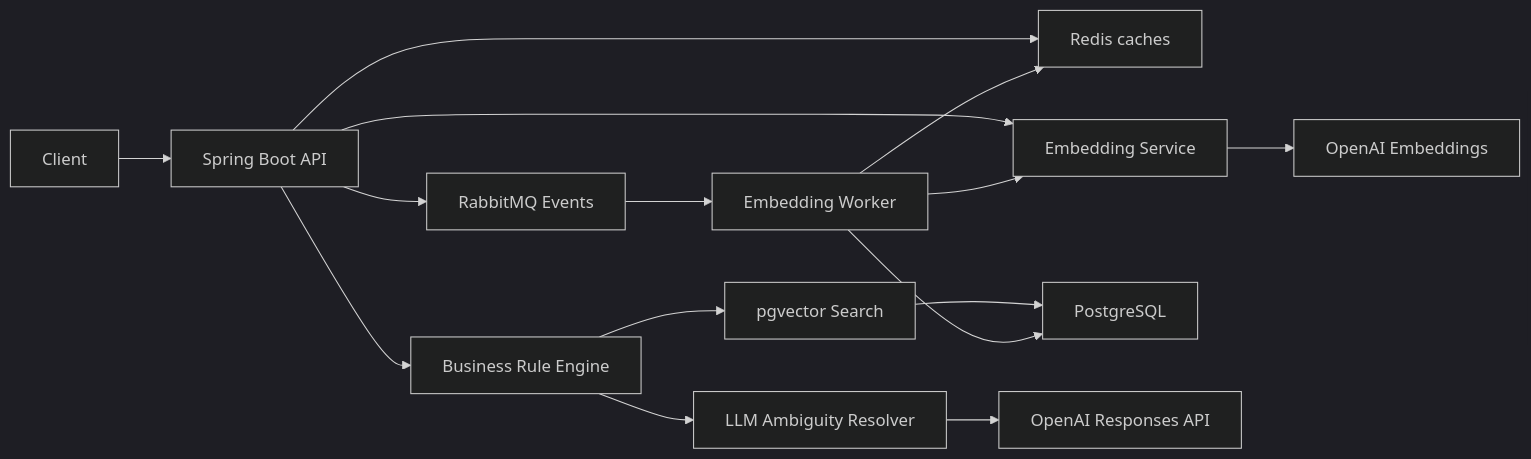
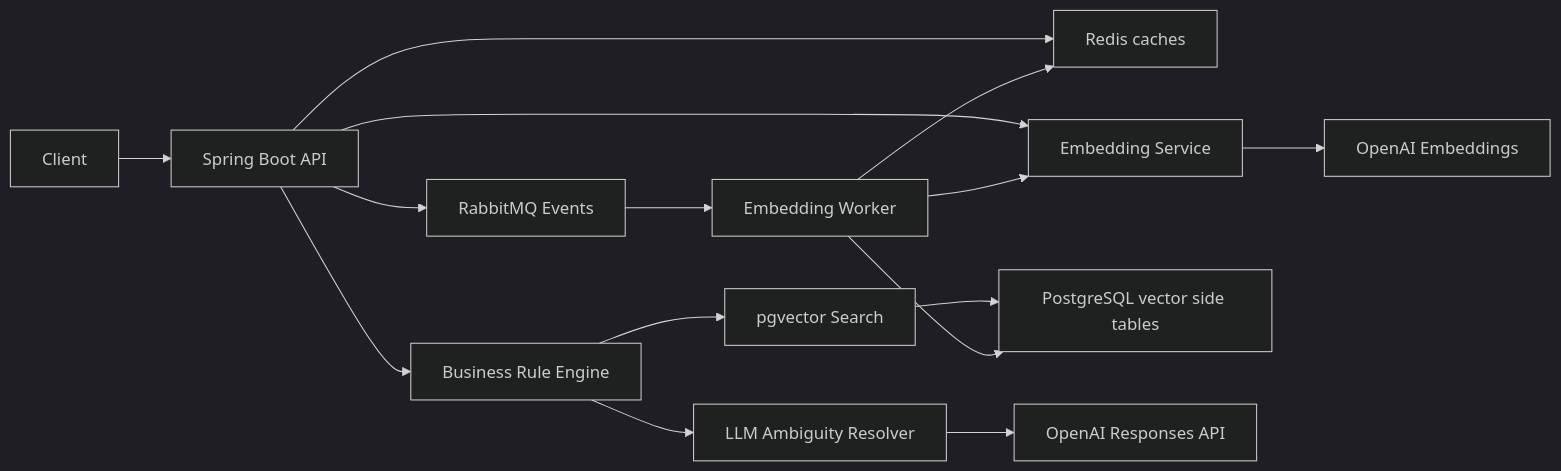
One commit to edbrix-school/asg_aiusecase changed the first of 3 diagrams in docs/architecture.md. Above: the diagram before and after it, drawn with Mermaid (dark theme). The commit also changed other lines of this file and 44 other files, not shown here.

````diff
--- a/docs/architecture.md
+++ b/docs/architecture.md
@@ -5,17 +5,17 @@
 ```mermaid
 flowchart LR
     Client["Client"] --> API["Spring Boot API"]
     API --> Cache["Redis caches"]
     API --> Rules["Business Rule Engine"]
     API --> Embed["Embedding Service"]
     Embed --> OpenAI["OpenAI Embeddings"]
     Rules --> Vector["pgvector Search"]
-    Vector --> Postgres["PostgreSQL"]
+    Vector --> Postgres["PostgreSQL vector side tables"]
     Rules --> LLM["LLM Ambiguity Resolver"]
     LLM --> OpenAIResponses["OpenAI Responses API"]
     API --> Rabbit["RabbitMQ Events"]
     Rabbit --> Worker["Embedding Worker"]
     Worker --> Embed
     Worker --> Postgres
     Worker --> Cache
 ```
````
